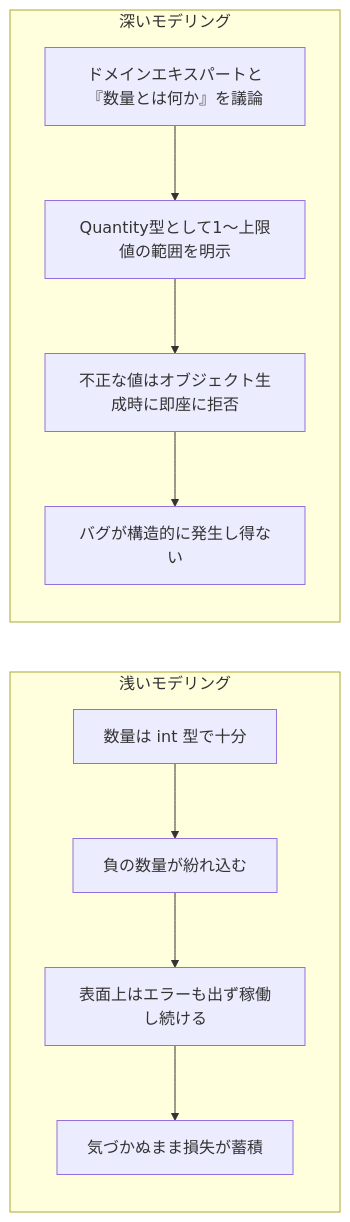
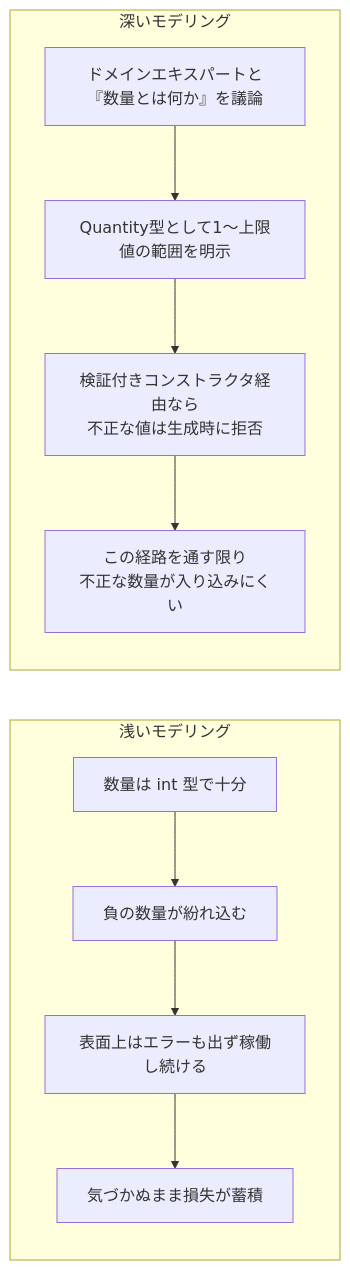
Before and after one commit to myoshi2891/Quality-Assurance-Studies: the fifth of 13 diagrams in Secure-by-design-guide.md, drawn with Mermaid. The commit also changed other lines of this file, not shown here.

````diff
--- a/Secure-by-design-guide.md
+++ b/Secure-by-design-guide.md
@@ -254,16 +254,16 @@
 ```mermaid
 flowchart LR
     subgraph Shallow["浅いモデリング"]
         direction TB
         SA["数量は int 型で十分"] --> SB["負の数量が紛れ込む"]
         SB --> SC["表面上はエラーも出ず稼働し続ける"]
         SC --> SD["気づかぬまま損失が蓄積"]
     end
 
     subgraph Deep["深いモデリング"]
         direction TB
         DA["ドメインエキスパートと『数量とは何か』を議論"] --> DB["Quantity型として1〜上限値の範囲を明示"]
-        DB --> DC["不正な値はオブジェクト生成時に即座に拒否"]
-        DC --> DD["バグが構造的に発生し得ない"]
+        DB --> DC["検証付きコンストラクタ経由なら<br/>不正な値は生成時に拒否"]
+        DC --> DD["この経路を通す限り<br/>不正な数量が入り込みにくい"]
     end
 ```
````
